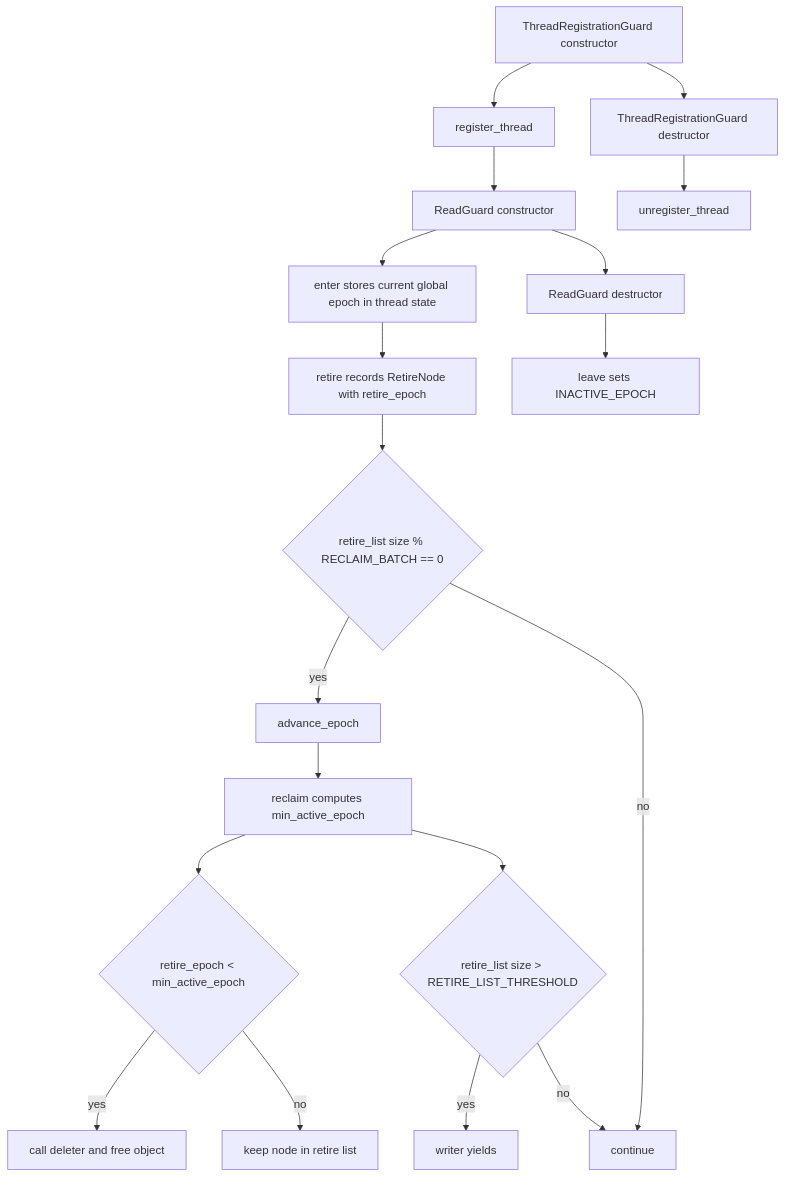
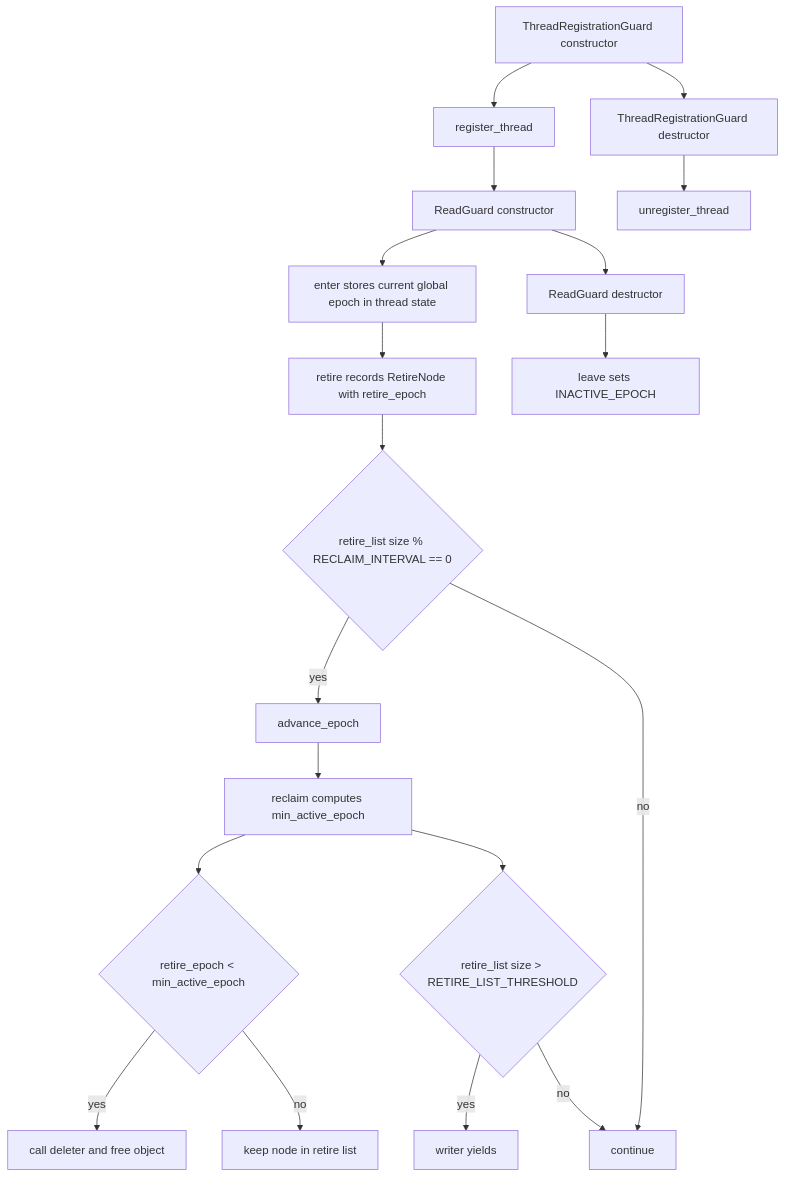
Before and after one commit to ankitkr-04/strata-db: the first of 3 diagrams in docs/architecture/01-epoch-reclamation.md, drawn with Mermaid. The commit also changed other lines of this file and 7 other files, not shown here.

First line of the commit message:
docs: update architecture documentation for SkipListMemTable and SkipListNode

````diff
--- a/docs/architecture/01-epoch-reclamation.md
+++ b/docs/architecture/01-epoch-reclamation.md
@@ -55,21 +56,21 @@
 ```mermaid
 flowchart TD
     A[ThreadRegistrationGuard constructor] --> B[register_thread]
     B --> C[ReadGuard constructor]
     C --> D[enter stores current global epoch in thread state]
     D --> E[retire records RetireNode with retire_epoch]
-    E --> F{"retire_list size % RECLAIM_BATCH == 0"}
+    E --> F{"retire_list size % RECLAIM_INTERVAL == 0"}
     F -- yes --> G[advance_epoch]
     G --> H[reclaim computes min_active_epoch]
     H --> I{"retire_epoch < min_active_epoch"}
     I -- yes --> J[call deleter and free object]
     I -- no --> K[keep node in retire list]
     H --> L{"retire_list size > RETIRE_LIST_THRESHOLD"}
     L -- yes --> M[writer yields]
     L -- no --> N[continue]
     F -- no --> N
     C --> R[ReadGuard destructor]
     R --> S[leave sets INACTIVE_EPOCH]
     A --> T[ThreadRegistrationGuard destructor]
     T --> U[unregister_thread]
 ```
````
